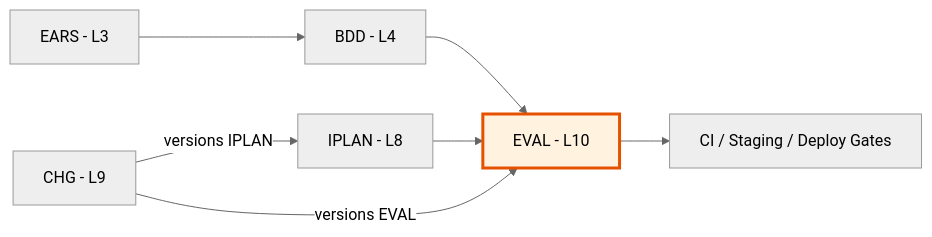
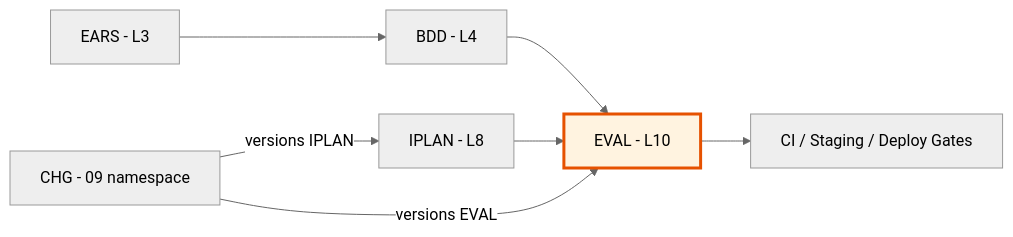
Before and after one commit to vladm3105/aidoc-flow-framework: the diagram in framework/layers/10_EVAL/EVAL-00_index.TEMPLATE.md, drawn with Mermaid (neutral theme). The commit also changed other lines of this file and 143 other files, not shown here.

````diff
--- a/framework/layers/10_EVAL/EVAL-00_index.TEMPLATE.md
+++ b/framework/layers/10_EVAL/EVAL-00_index.TEMPLATE.md
@@ -22,10 +22,10 @@
 ```mermaid
 flowchart LR
     IPLAN[IPLAN - L8] --> EVAL[EVAL - L10]
     EARS[EARS - L3] --> BDD[BDD - L4]
     BDD --> EVAL
     EVAL --> GATES[CI / Staging / Deploy Gates]
-    CHG[CHG - L9] -->|versions IPLAN| IPLAN
+    CHG[CHG - 09 namespace] -->|versions IPLAN| IPLAN
     CHG -->|versions EVAL| EVAL
     style EVAL fill:#fff3e0,stroke:#e65100,stroke-width:3px
 ```
````
